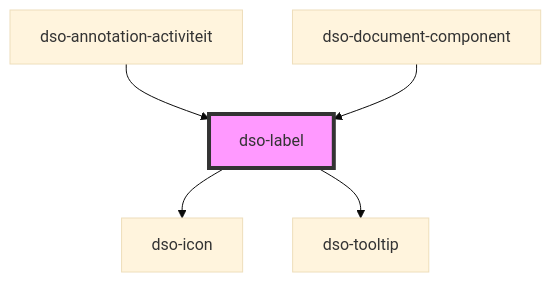
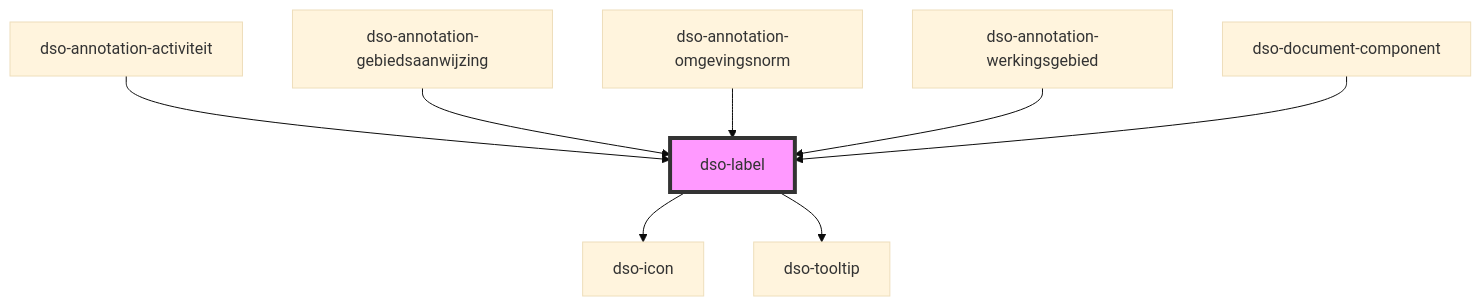
One commit to dso-toolkit/dso-toolkit changed the diagram in packages/core/src/components/label/readme.md. Above: the diagram before and after it, drawn with Mermaid (base theme). The commit also changed other lines of this file and 22 other files, not shown here.

````diff
--- a/packages/core/src/components/label/readme.md
+++ b/packages/core/src/components/label/readme.md
@@ -42,8 +45,11 @@
 ```mermaid
 graph TD;
   dso-label --> dso-icon
   dso-label --> dso-tooltip
   dso-annotation-activiteit --> dso-label
+  dso-annotation-gebiedsaanwijzing --> dso-label
+  dso-annotation-omgevingsnorm --> dso-label
+  dso-annotation-werkingsgebied --> dso-label
   dso-document-component --> dso-label
   style dso-label fill:#f9f,stroke:#333,stroke-width:4px
 ```
````
